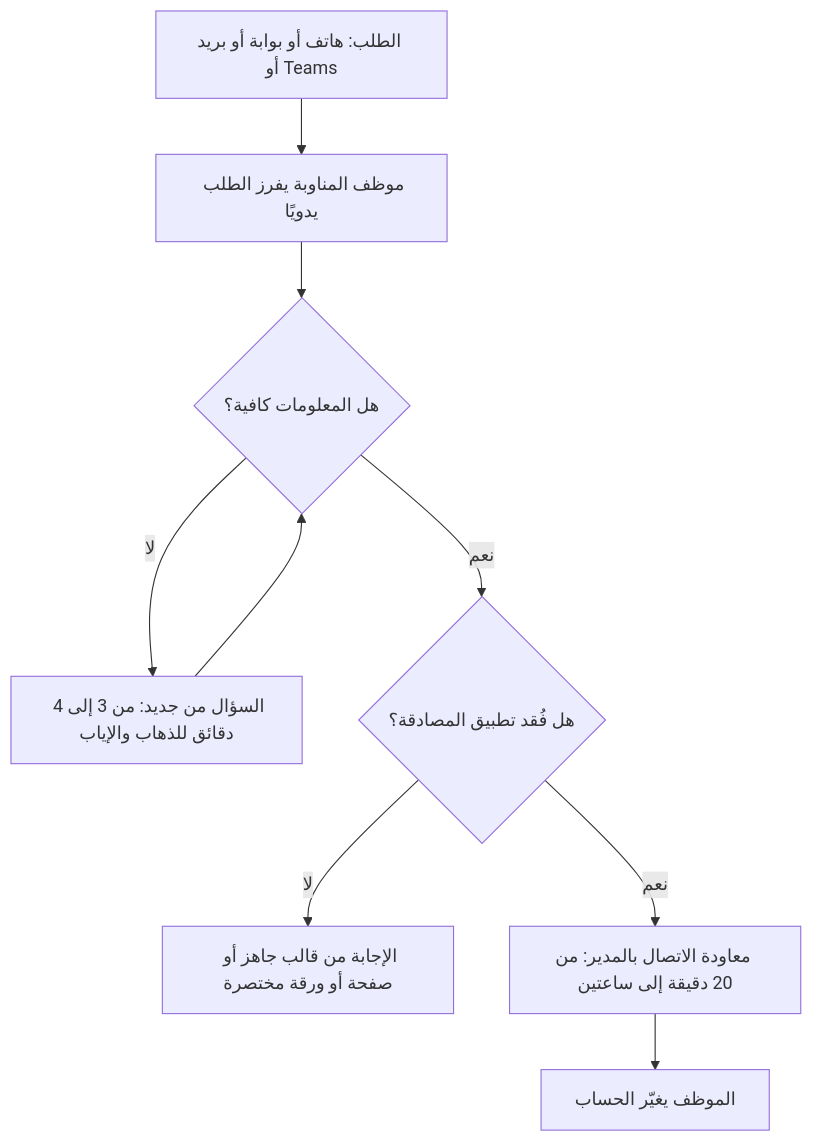
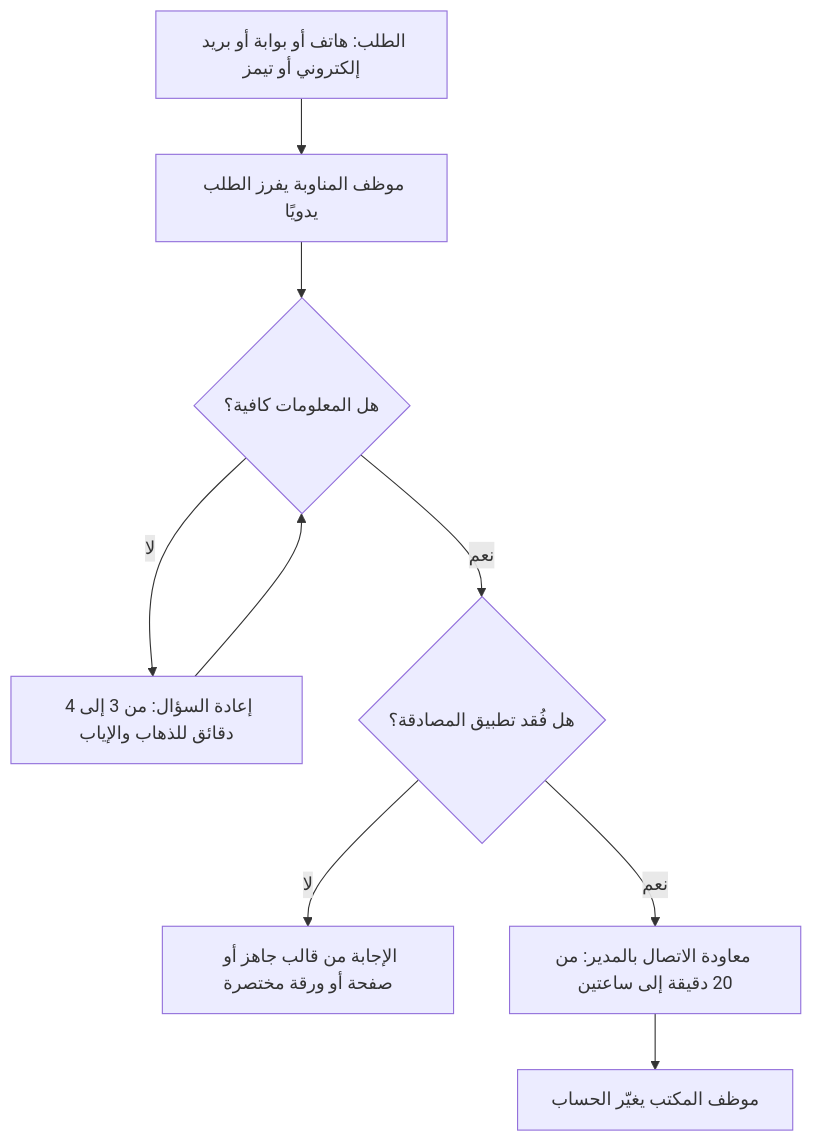
Before and after one commit to Tamoura/system-design-for-vibe-coders: the diagram in aiapps/modules/06-requirements.ar.md, drawn with Mermaid. The commit also changed other lines of this file and 15 other files, not shown here.

````diff
--- a/aiapps/modules/06-requirements.ar.md
+++ b/aiapps/modules/06-requirements.ar.md
@@ -47,11 +47,11 @@
 ```mermaid
 flowchart TD
-    A["الطلب: هاتف أو بوابة أو بريد أو Teams"] --> B["موظف المناوبة يفرز الطلب يدويًا"]
+    A["الطلب: هاتف أو بوابة أو بريد إلكتروني أو تيمز"] --> B["موظف المناوبة يفرز الطلب يدويًا"]
     B --> C{"هل المعلومات كافية؟"}
-    C -- "لا" --> D["السؤال من جديد: من 3 إلى 4 دقائق للذهاب والإياب"]
+    C -- "لا" --> D["إعادة السؤال: من 3 إلى 4 دقائق للذهاب والإياب"]
     D --> C
     C -- "نعم" --> E{"هل فُقد تطبيق المصادقة؟"}
     E -- "لا" --> F["الإجابة من قالب جاهز أو صفحة أو ورقة مختصرة"]
     E -- "نعم" --> G["معاودة الاتصال بالمدير: من 20 دقيقة إلى ساعتين"]
-    G --> H["الموظف يغيّر الحساب"]
+    G --> H["موظف المكتب يغيّر الحساب"]
 ```
````
